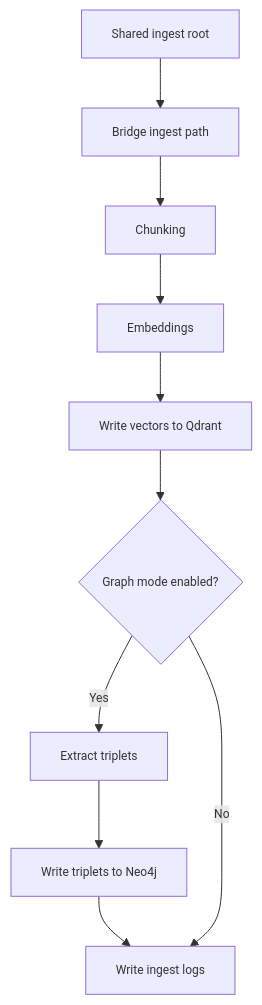
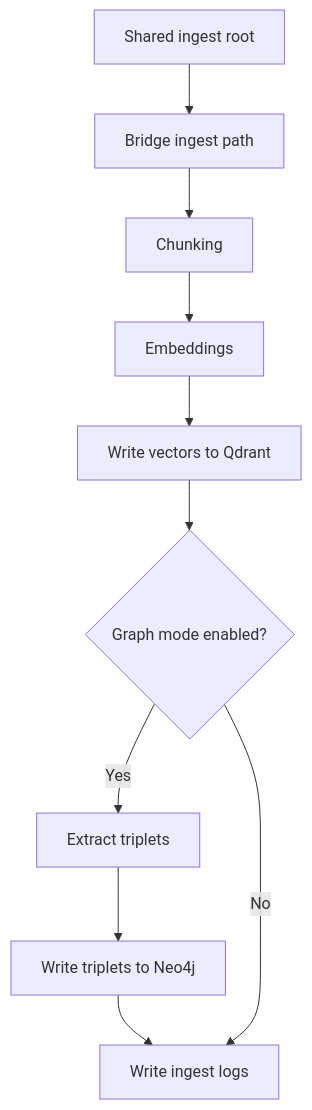
Before and after one commit to hawk-digital-environments/HAWKI-RAG: the diagram in _documentation/Operations/6_ingestion_embeddings.md, drawn with Mermaid. The commit also changed other lines of this file and 23 other files, not shown here.

````diff
--- a/_documentation/Operations/6_ingestion_embeddings.md
+++ b/_documentation/Operations/6_ingestion_embeddings.md
@@ -7,17 +6,16 @@
 ```mermaid
-%%{init: {'themeVariables': {'fontSize': '12px'}}}%%
 flowchart TD
     A["Shared ingest root"]
     B["Bridge ingest path"]
     C["Chunking"]
     D["Embeddings"]
     E["Write vectors to Qdrant"]
     F{"Graph mode enabled?"}
     G["Extract triplets"]
     H["Write triplets to Neo4j"]
     I["Write ingest logs"]
 
     A --> B --> C --> D --> E --> F
     F -- Yes --> G --> H --> I
     F -- No --> I
 ```
````
